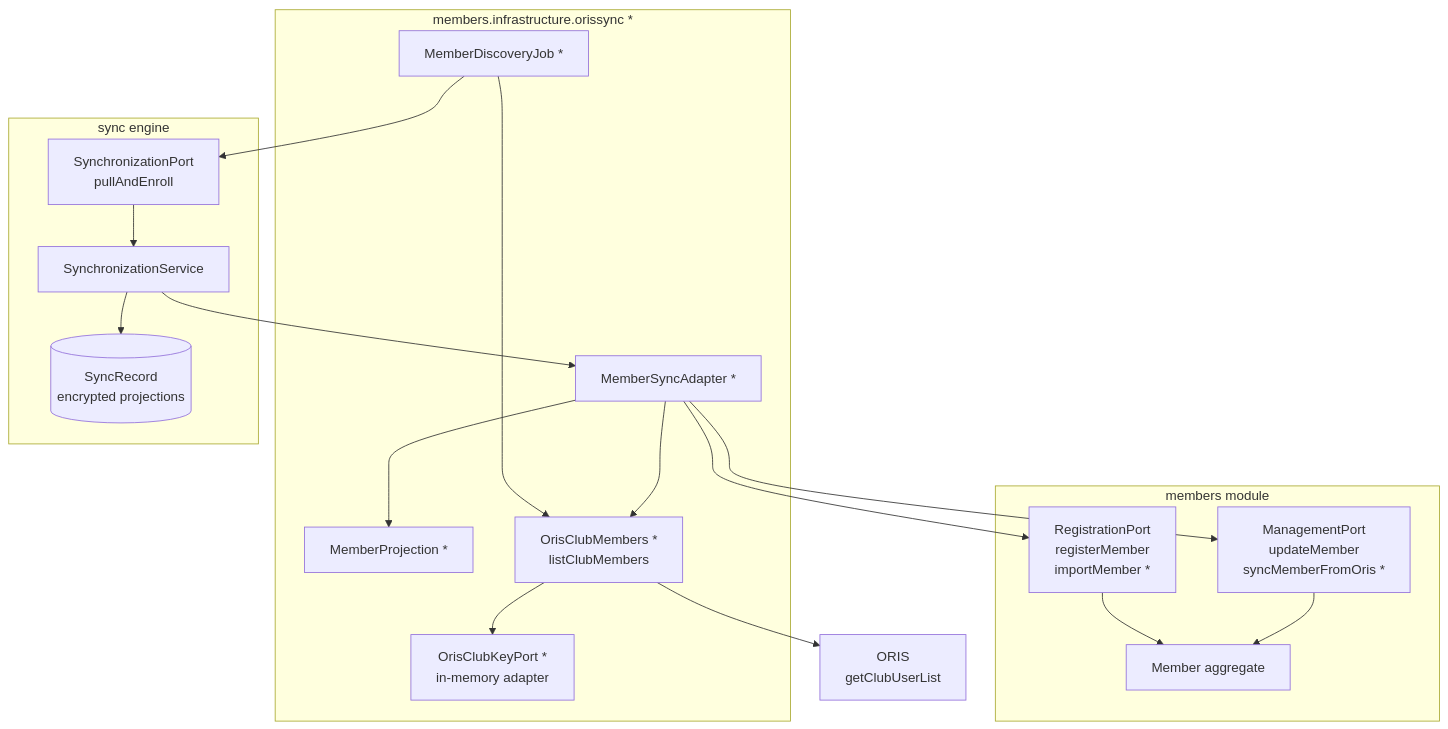
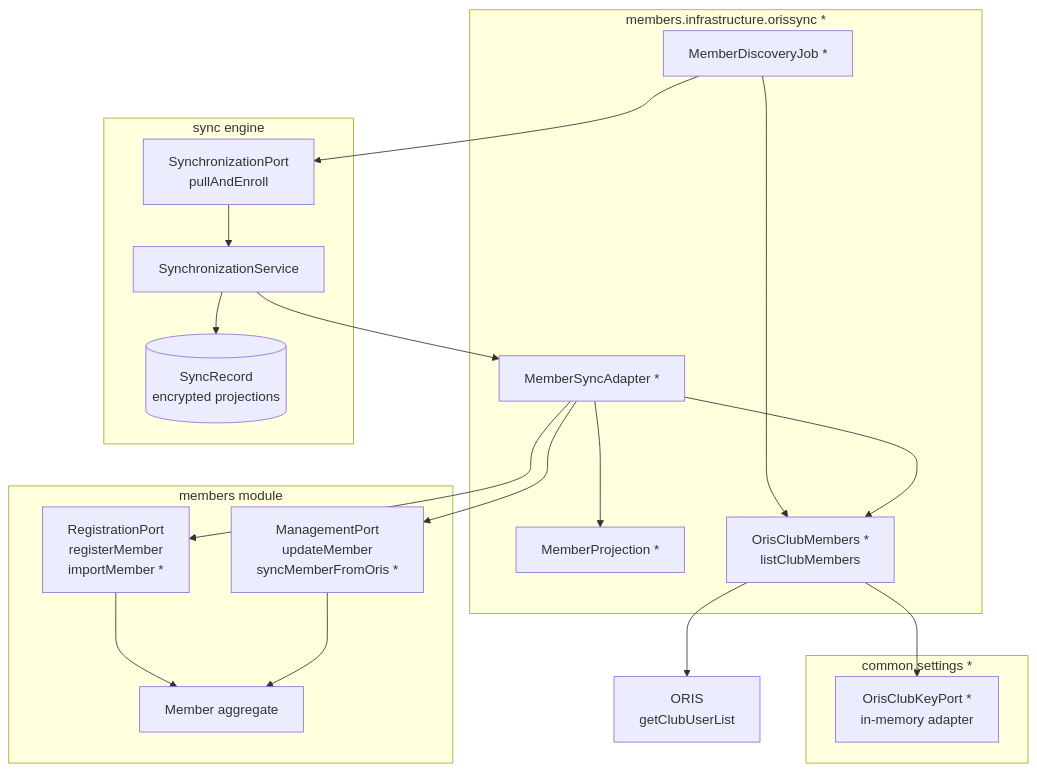
Before and after one commit to zabiny/klabis: the first of 3 diagrams in openspec/changes/import-oris-members/design.md, drawn with Mermaid. The commit also changed other lines of this file and 4 other files, not shown here.

````diff
--- a/openspec/changes/import-oris-members/design.md
+++ b/openspec/changes/import-oris-members/design.md
@@ -19,37 +19,40 @@
 ```mermaid
 flowchart TB
     subgraph members["members module"]
         RP["RegistrationPort<br/>registerMember<br/>importMember *"]
         MP["ManagementPort<br/>updateMember<br/>syncMemberFromOris *"]
         MEM["Member aggregate"]
         RP --> MEM
         MP --> MEM
     end
 
     subgraph orissync["members.infrastructure.orissync *"]
         ADP["MemberSyncAdapter *"]
         JOB["MemberDiscoveryJob *"]
         PROJ["MemberProjection *"]
-        KEY["OrisClubKeyPort *<br/>in-memory adapter"]
         FACADE["OrisClubMembers *<br/>listClubMembers"]
-        FACADE --> KEY
         JOB --> FACADE
         ADP --> FACADE
         ADP --> PROJ
     end
+
+    subgraph settings["common.settings *"]
+        KEY["OrisClubKeyPort *<br/>in-memory adapter"]
+    end
+    FACADE --> KEY
 
     subgraph sync["sync engine"]
         ENGINE["SynchronizationService"]
         PORT["SynchronizationPort<br/>pullAndEnroll"]
         REC[("SyncRecord<br/>encrypted projections")]
         PORT --> ENGINE
         ENGINE --> REC
     end
 
     ORIS["ORIS<br/>getClubUserList"]
     FACADE --> ORIS
     JOB --> PORT
     ENGINE --> ADP
     ADP --> RP
     ADP --> MP
 ```
````
